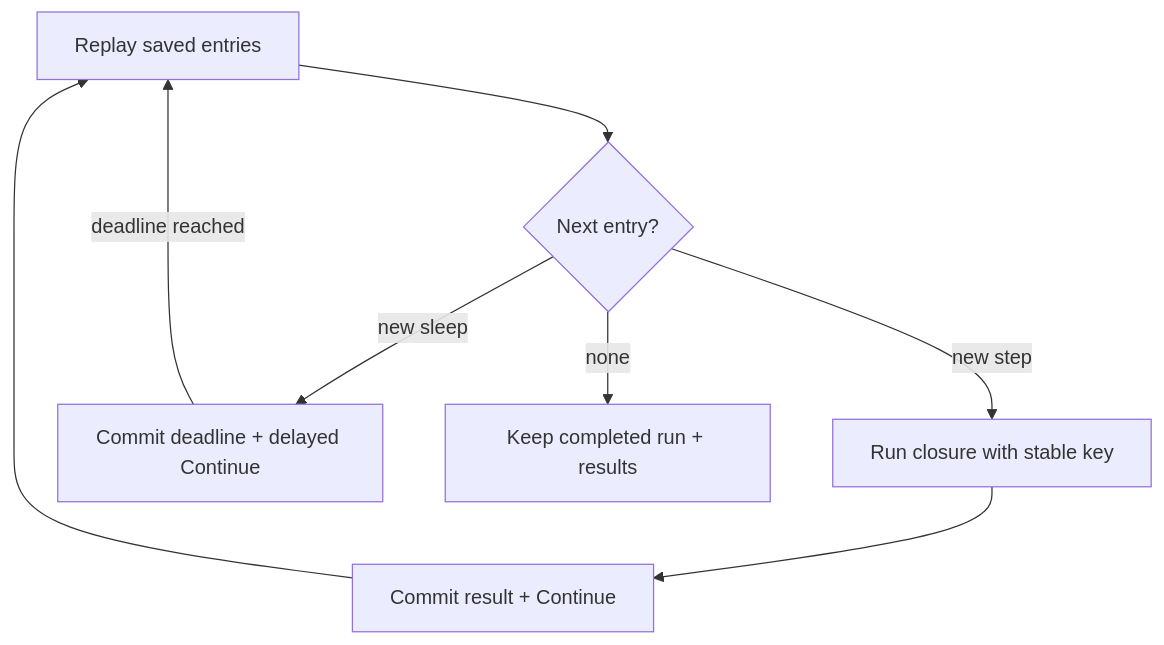
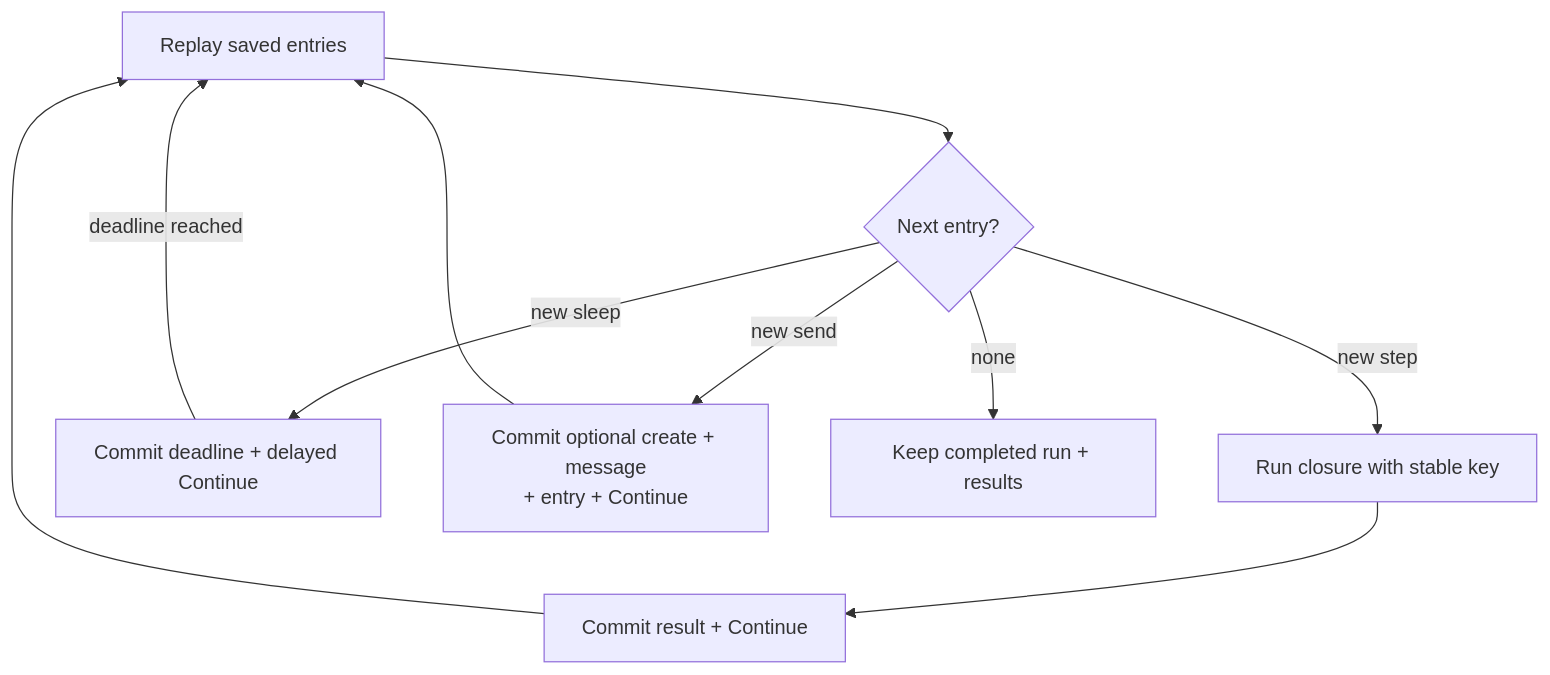
The fourth of 4 diagrams in docs/guide/patterns.md (helico-tech/cicada.rs), drawn with Mermaid before and after one commit. The commit also changed other lines of this file and 4 other files, not shown here.

Commit message:
docs: teach durable flow sends and the 0.18 contract upgrade

````diff
--- a/docs/guide/patterns.md
+++ b/docs/guide/patterns.md
@@ -72,10 +73,12 @@
 ```mermaid
 flowchart TD
     replay["Replay saved entries"] --> next{"Next entry?"}
     next -->|new step| executeStep["Run closure with stable key"]
     executeStep --> commit["Commit result + Continue"]
     commit --> replay
     next -->|new sleep| sleep["Commit deadline + delayed Continue"]
     sleep -->|deadline reached| replay
+    next -->|new send| send["Commit optional create + message<br/>+ entry + Continue"]
+    send --> replay
     next -->|none| done["Keep completed run + results"]
 ```
````
